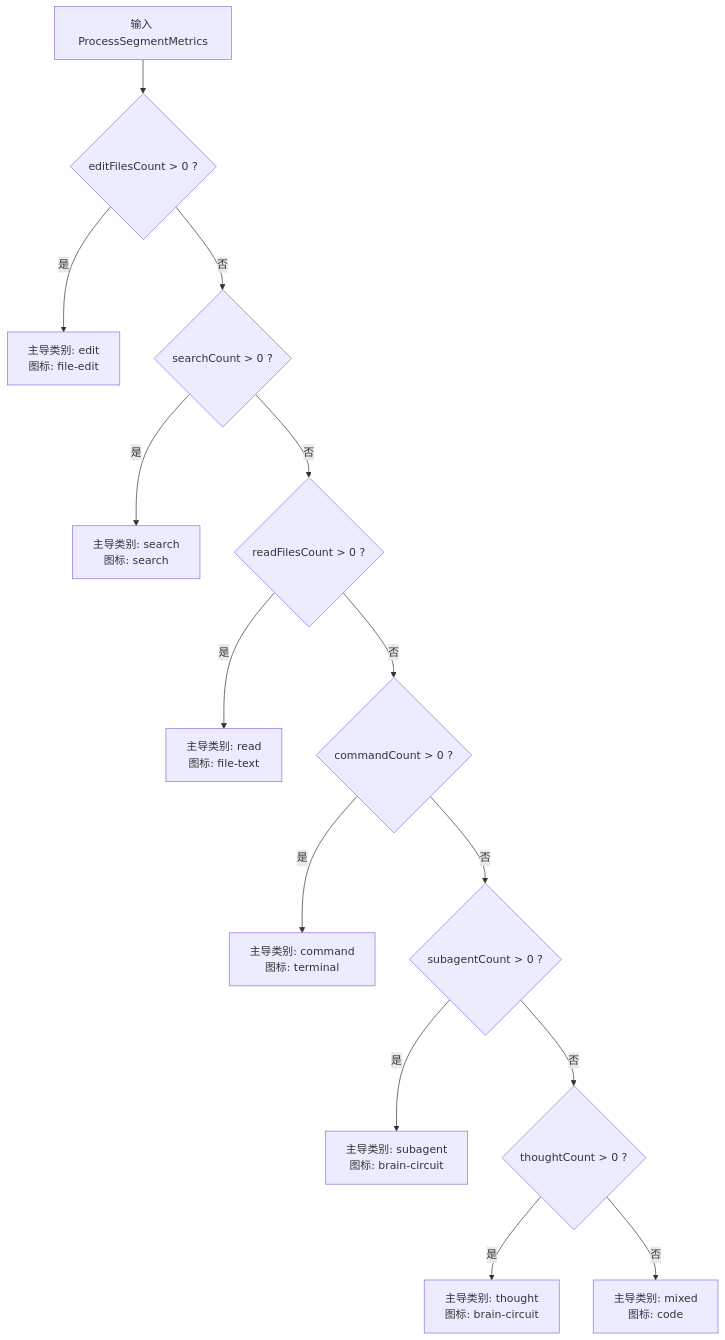
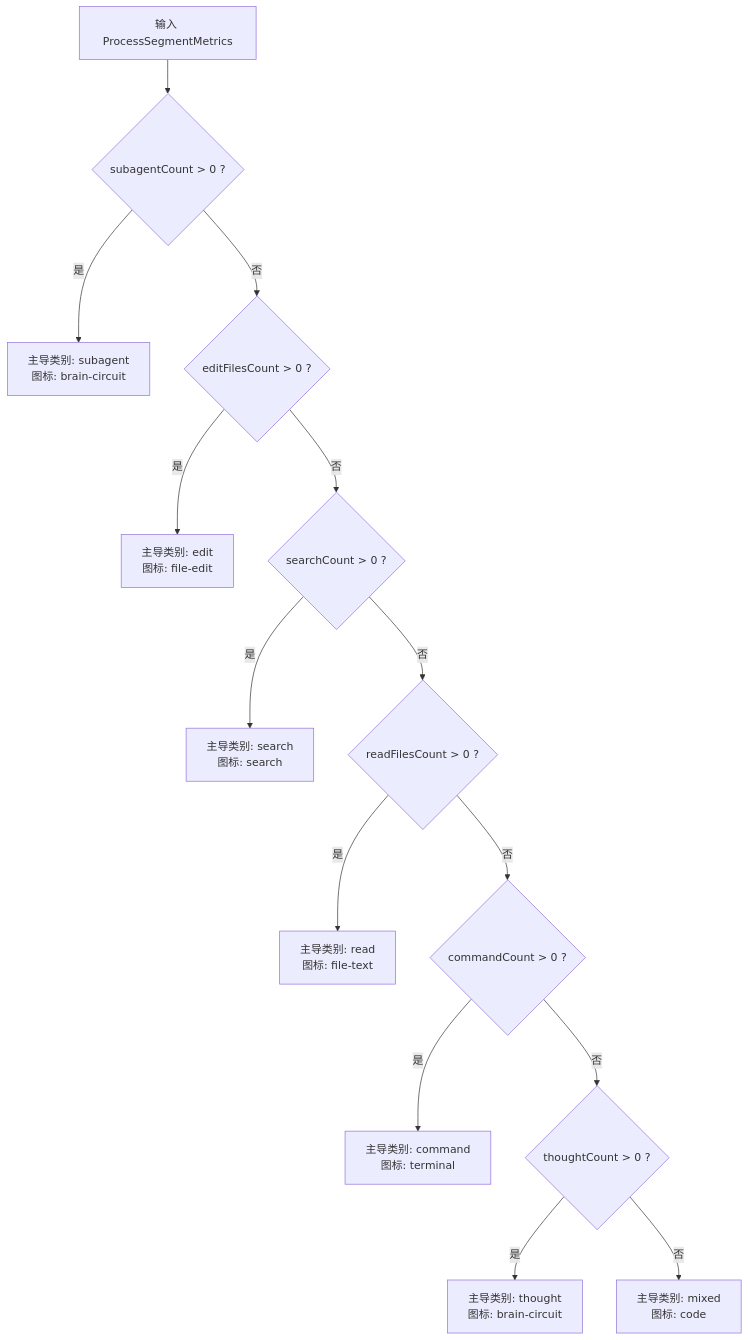
One commit to atobelix/crish changed the second of 3 diagrams in docs/assistant-process-folding/02-折叠态聚合文案与度量算法详案.md. Above: the diagram before and after it, drawn with Mermaid. The commit also changed other lines of this file and 31 other files, not shown here.

````diff
--- a/docs/assistant-process-folding/02-折叠态聚合文案与度量算法详案.md
+++ b/docs/assistant-process-folding/02-折叠态聚合文案与度量算法详案.md
@@ -189,16 +202,16 @@
 ```mermaid
 graph TD
-    Start[输入 ProcessSegmentMetrics] --> C1{editFilesCount > 0 ?}
-    C1 -- 是 --> I1[主导类别: edit<br/>图标: file-edit]
-    C1 -- 否 --> C2{searchCount > 0 ?}
-    C2 -- 是 --> I2[主导类别: search<br/>图标: search]
-    C2 -- 否 --> C3{readFilesCount > 0 ?}
-    C3 -- 是 --> I3[主导类别: read<br/>图标: file-text]
-    C3 -- 否 --> C4{commandCount > 0 ?}
-    C4 -- 是 --> I4[主导类别: command<br/>图标: terminal]
-    C4 -- 否 --> C5{subagentCount > 0 ?}
-    C5 -- 是 --> I5[主导类别: subagent<br/>图标: brain-circuit]
+    Start[输入 ProcessSegmentMetrics] --> C1{subagentCount > 0 ?}
+    C1 -- 是 --> I1[主导类别: subagent<br/>图标: brain-circuit]
+    C1 -- 否 --> C2{editFilesCount > 0 ?}
+    C2 -- 是 --> I2[主导类别: edit<br/>图标: file-edit]
+    C2 -- 否 --> C3{searchCount > 0 ?}
+    C3 -- 是 --> I3[主导类别: search<br/>图标: search]
+    C3 -- 否 --> C4{readFilesCount > 0 ?}
+    C4 -- 是 --> I4[主导类别: read<br/>图标: file-text]
+    C4 -- 否 --> C5{commandCount > 0 ?}
+    C5 -- 是 --> I5[主导类别: command<br/>图标: terminal]
     C5 -- 否 --> C6{thoughtCount > 0 ?}
     C6 -- 是 --> I6[主导类别: thought<br/>图标: brain-circuit]
     C6 -- 否 --> I7[主导类别: mixed<br/>图标: code]
 ```
````
